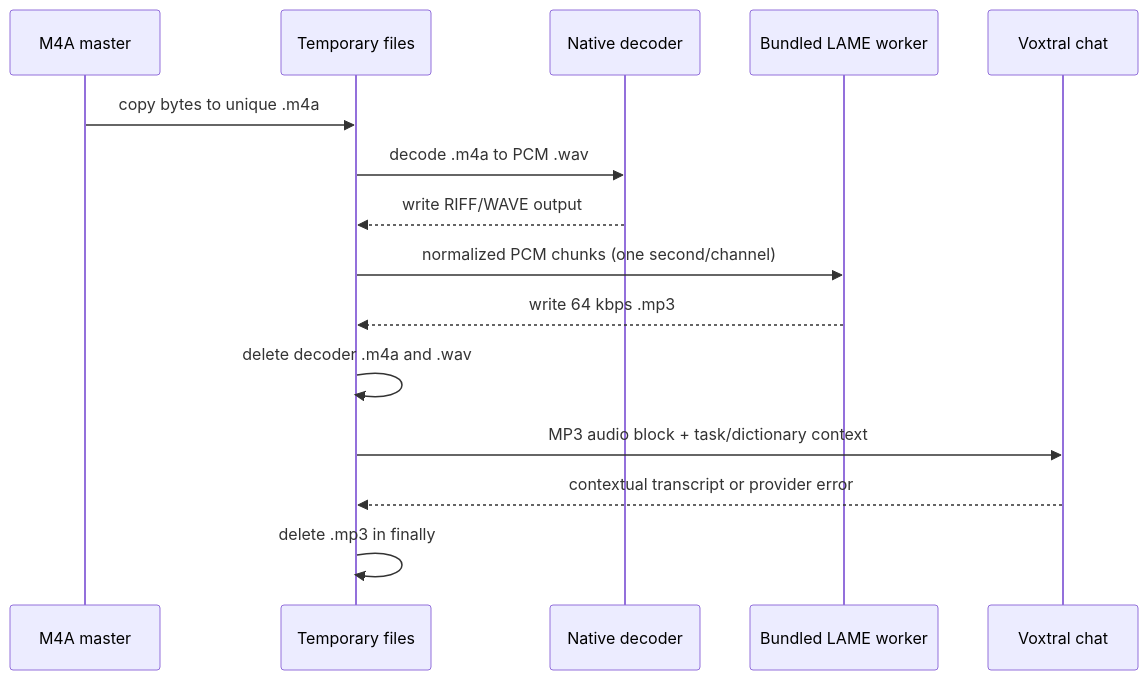
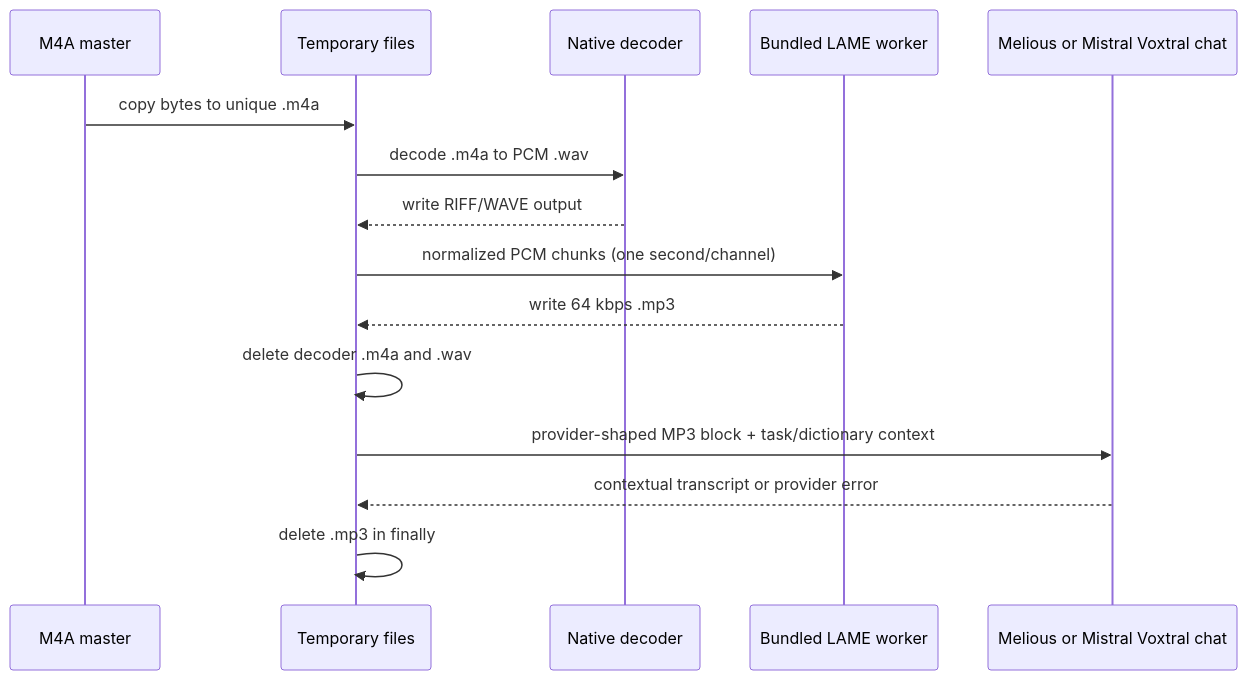
One commit to matthiasn/lotti changed the sixth of 14 diagrams in lib/features/ai/README.md. Above: the diagram before and after it, drawn with Mermaid. The commit also changed other lines of this file and 18 other files, not shown here.

Commit message:
feat: enable Mistral Voxtral MP3 chat transcription (#3463)

````diff
--- a/lib/features/ai/README.md
+++ b/lib/features/ai/README.md
@@ -334,17 +345,17 @@
 ```mermaid
 sequenceDiagram
   participant Archive as M4A master
   participant Scratch as Temporary files
   participant Decoder as Native decoder
   participant LAME as Bundled LAME worker
-  participant Melious as Voxtral chat
+  participant ChatProvider as Melious or Mistral Voxtral chat
   Archive->>Scratch: copy bytes to unique .m4a
   Scratch->>Decoder: decode .m4a to PCM .wav
   Decoder-->>Scratch: write RIFF/WAVE output
   Scratch->>LAME: normalized PCM chunks (one second/channel)
   LAME-->>Scratch: write 64 kbps .mp3
   Scratch->>Scratch: delete decoder .m4a and .wav
-  Scratch->>Melious: MP3 audio block + task/dictionary context
-  Melious-->>Scratch: contextual transcript or provider error
+  Scratch->>ChatProvider: provider-shaped MP3 block + task/dictionary context
+  ChatProvider-->>Scratch: contextual transcript or provider error
   Scratch->>Scratch: delete .mp3 in finally
 ```
````
